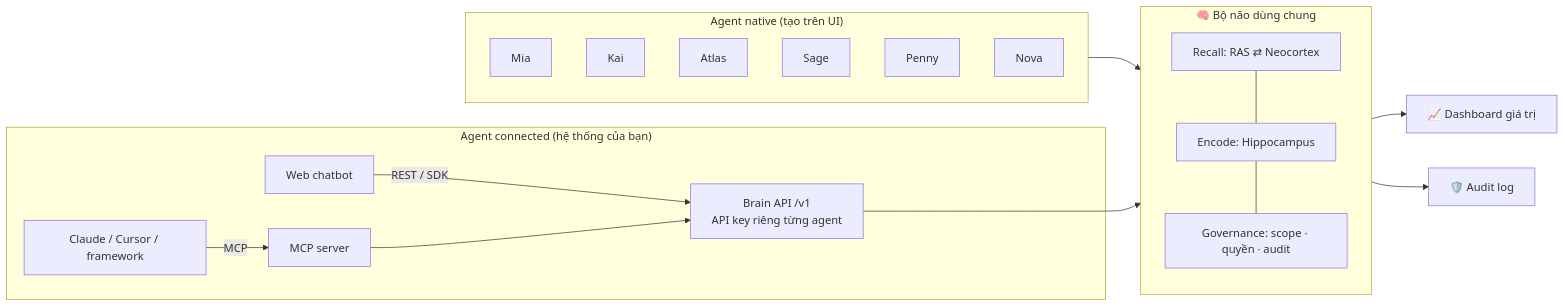
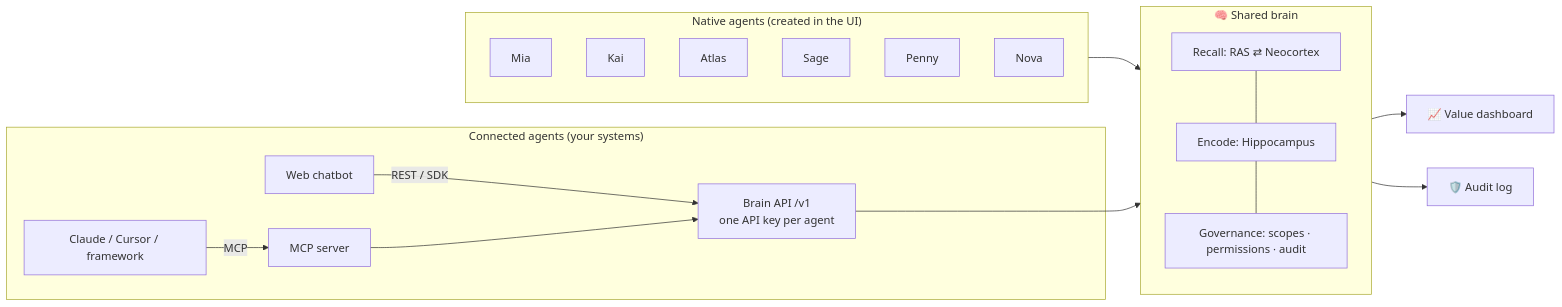
One commit to leluong141996-dev/Agent-Brain-Hub changed the diagram in README.md. Above: the diagram before and after it, drawn with Mermaid. The commit also changed other lines of this file and 15 other files, not shown here.

````diff
--- a/README.md
+++ b/README.md
@@ -24,17 +47,17 @@
 ```mermaid
 flowchart LR
-  subgraph Native["Agent native (tạo trên UI)"]
+  subgraph Native["Native agents (created in the UI)"]
     M[Mia] & K[Kai] & A[Atlas] & S[Sage] & P[Penny] & N[Nova]
   end
-  subgraph Connected["Agent connected (hệ thống của bạn)"]
+  subgraph Connected["Connected agents (your systems)"]
     W[Web chatbot] -->|REST / SDK| API
     C[Claude / Cursor / framework] -->|MCP| MCP[MCP server] --> API
   end
   Native --> BRAIN
-  API["Brain API /v1<br/>API key riêng từng agent"] --> BRAIN
-  subgraph BRAIN["🧠 Bộ não dùng chung"]
+  API["Brain API /v1<br/>one API key per agent"] --> BRAIN
+  subgraph BRAIN["🧠 Shared brain"]
     direction TB
-    R[Recall: RAS ⇄ Neocortex] --- E[Encode: Hippocampus] --- G[Governance: scope · quyền · audit]
+    R[Recall: RAS ⇄ Neocortex] --- E[Encode: Hippocampus] --- G[Governance: scopes · permissions · audit]
   end
-  BRAIN --> V[📈 Dashboard giá trị] & AU[🛡️ Audit log]
+  BRAIN --> V[📈 Value dashboard] & AU[🛡️ Audit log]
 ```
````
